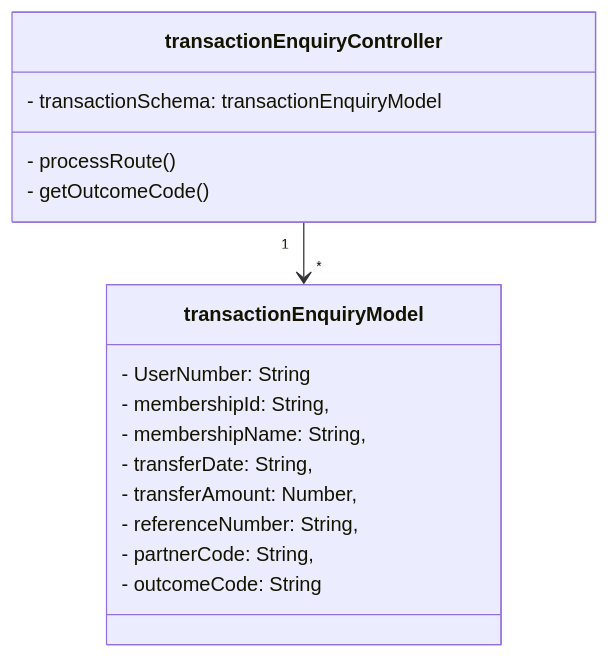
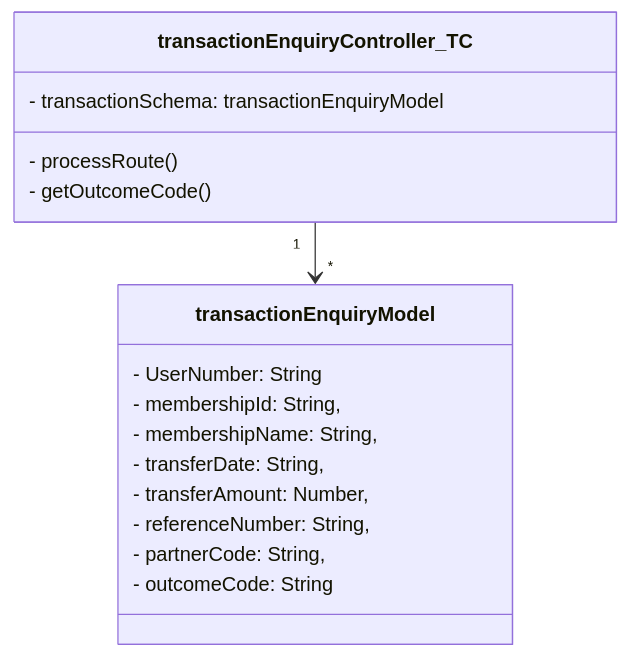
The seventh of 10 diagrams in UML Class Diagrams/mvcClass.md (Sean2309/SoftwareConstructProject), drawn with Mermaid before and after one commit. The commit also changed other lines of this file, not shown here.

Commit message:
fix: updated uml class diagrams for backend API

````diff
--- a/UML Class Diagrams/mvcClass.md
+++ b/UML Class Diagrams/mvcClass.md
@@ -159,23 +159,23 @@
 ```mermaid
 classDiagram
-class transactionEnquiryController
-transactionEnquiryController "1" --> "*" transactionEnquiryModel
+class transactionEnquiryController_TC
+transactionEnquiryController_TC "1" --> "*" transactionEnquiryModel
 
 
-class transactionEnquiryController{
+class transactionEnquiryController_TC{
     - transactionSchema: transactionEnquiryModel
     - processRoute()
     - getOutcomeCode()
 }
 
 class transactionEnquiryModel{
     - UserNumber: String
     - membershipId: String,
     - membershipName: String,
     - transferDate: String,
     - transferAmount: Number,
     - referenceNumber: String,
     - partnerCode: String,
     - outcomeCode: String
 }
 ```
````
